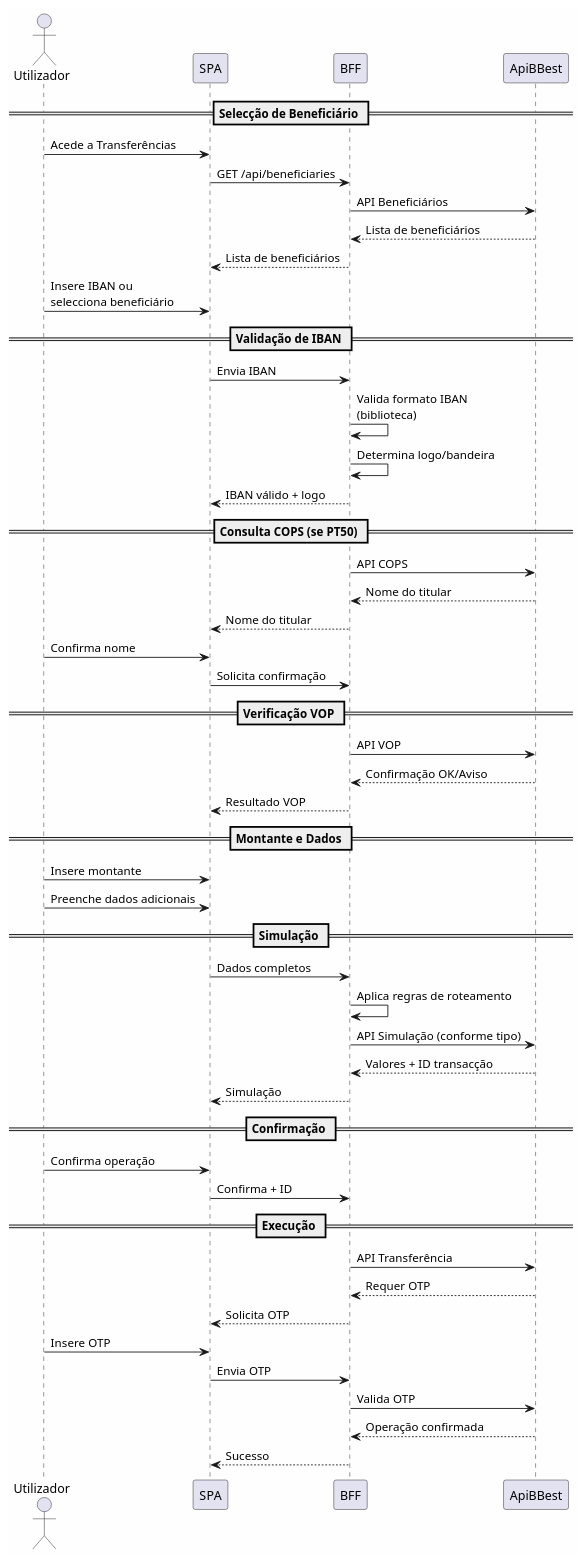
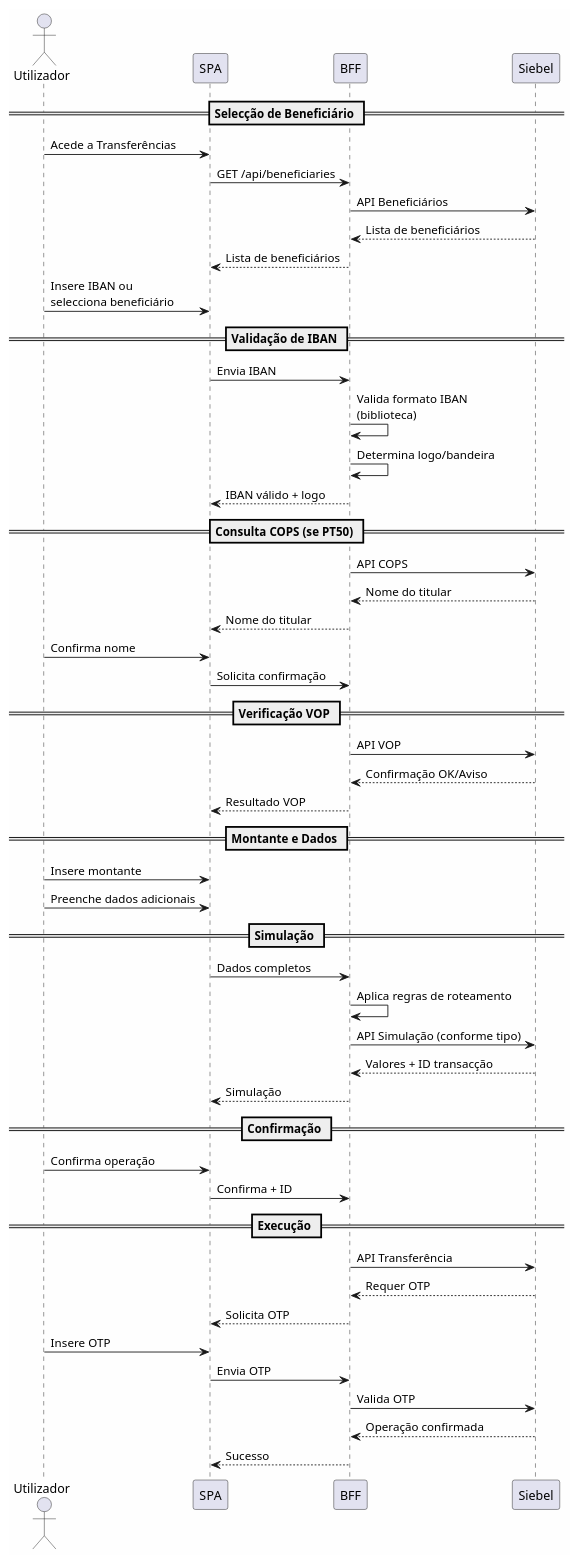
The second of 3 diagrams in current/definitions/DEF-03-regras-transferencias.md (beduardo/novobanco_website_doc), drawn with PlantUML before and after one commit. The commit also changed 26 other files, not shown here.

````diff
--- a/current/definitions/DEF-03-regras-transferencias.md
+++ b/current/definitions/DEF-03-regras-transferencias.md
@@ -78,64 +78,64 @@
 ```plantuml
 @startuml
 skinparam backgroundColor #FEFEFE
 
 actor "Utilizador" as USER
 participant "SPA" as SPA
 participant "BFF" as BFF
-participant "ApiBBest" as API
+participant "Siebel" as API
 
 == Selecção de Beneficiário ==
 USER -> SPA : Acede a Transferências
 SPA -> BFF : GET /api/beneficiaries
 BFF -> API : API Beneficiários
 API --> BFF : Lista de beneficiários
 BFF --> SPA : Lista de beneficiários
 
 USER -> SPA : Insere IBAN ou\nselecciona beneficiário
 
 == Validação de IBAN ==
 SPA -> BFF : Envia IBAN
 BFF -> BFF : Valida formato IBAN\n(biblioteca)
 BFF -> BFF : Determina logo/bandeira
 BFF --> SPA : IBAN válido + logo
 
 == Consulta COPS (se PT50) ==
 BFF -> API : API COPS
 API --> BFF : Nome do titular
 BFF --> SPA : Nome do titular
 
 USER -> SPA : Confirma nome
 SPA -> BFF : Solicita confirmação
 
 == Verificação VOP ==
 BFF -> API : API VOP
 API --> BFF : Confirmação OK/Aviso
 BFF --> SPA : Resultado VOP
 
 == Montante e Dados ==
 USER -> SPA : Insere montante
 USER -> SPA : Preenche dados adicionais
 
 == Simulação ==
 SPA -> BFF : Dados completos
 BFF -> BFF : Aplica regras de roteamento
 BFF -> API : API Simulação (conforme tipo)
 API --> BFF : Valores + ID transacção
 BFF --> SPA : Simulação
 
 == Confirmação ==
 USER -> SPA : Confirma operação
 SPA -> BFF : Confirma + ID
 
 == Execução ==
 BFF -> API : API Transferência
 API --> BFF : Requer OTP
 BFF --> SPA : Solicita OTP
 USER -> SPA : Insere OTP
 SPA -> BFF : Envia OTP
 BFF -> API : Valida OTP
 API --> BFF : Operação confirmada
 BFF --> SPA : Sucesso
 
 @enduml
 ```
````
